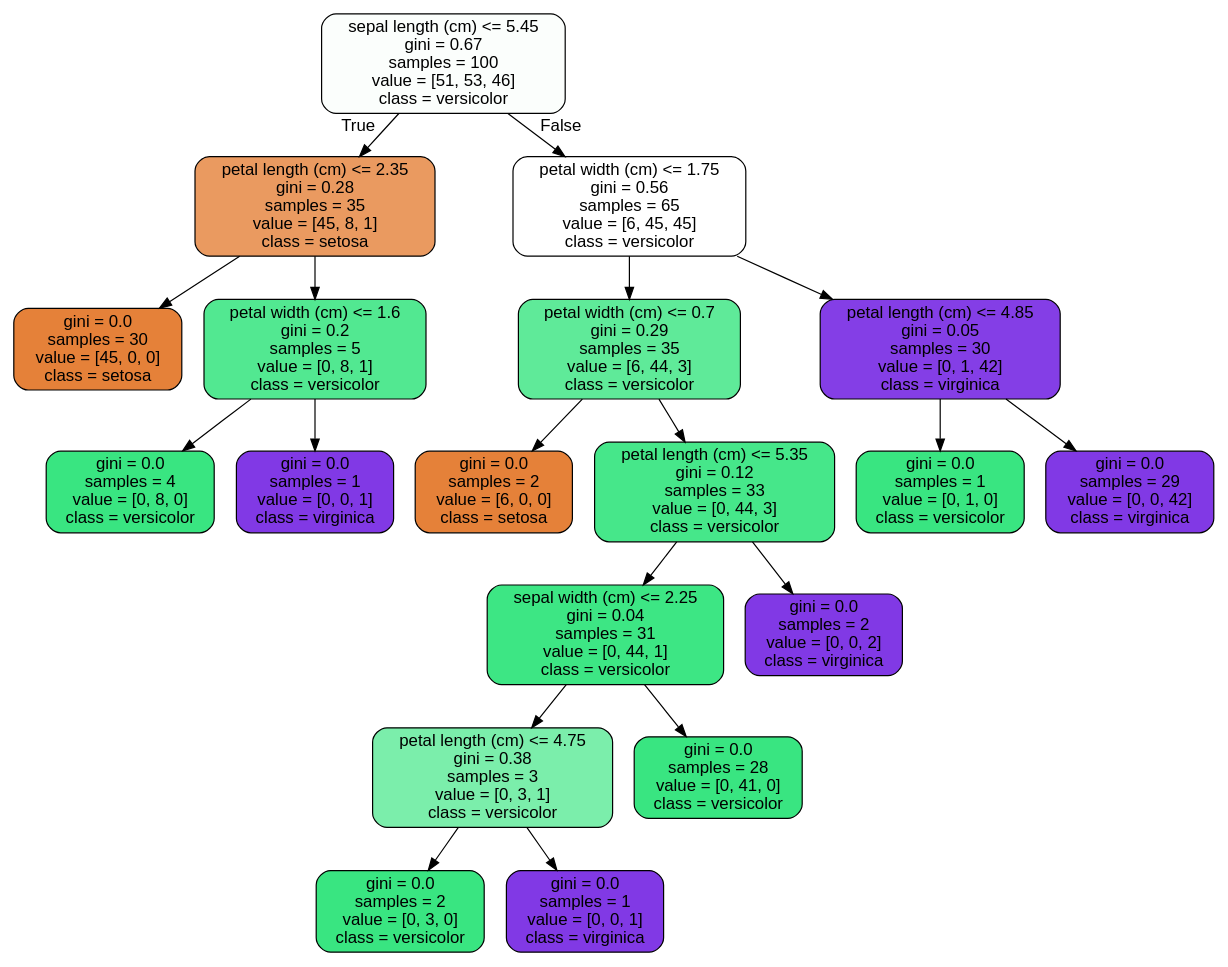
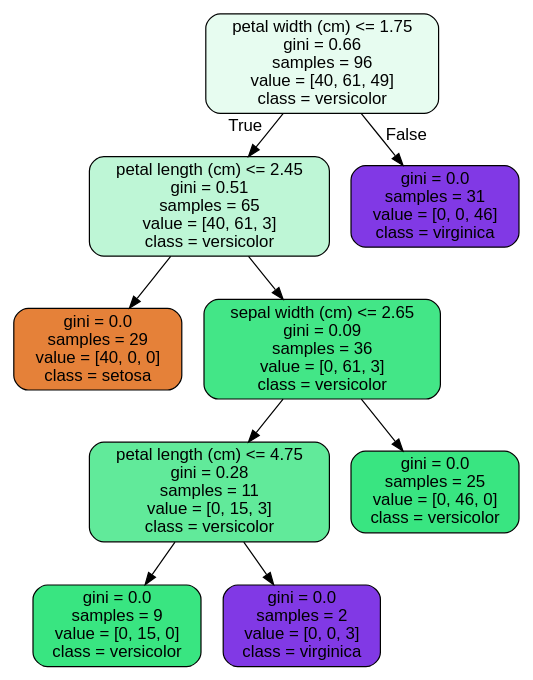
The diagram in Random Forest Case Study/tree.dot (akamatkar08/IshMe), drawn with Graphviz before and after one commit. The commit also changed 1 other file, not shown here.

```diff
--- a/Random Forest Case Study/tree.dot
+++ b/Random Forest Case Study/tree.dot
@@ -1,41 +1,21 @@
 digraph Tree {
 node [shape=box, style="filled, rounded", color="black", fontname=helvetica] ;
 edge [fontname=helvetica] ;
-0 [label="sepal length (cm) <= 5.45\ngini = 0.67\nsamples = 100\nvalue = [51, 53, 46]\nclass = versicolor", fillcolor="#fbfefc"] ;
-1 [label="petal length (cm) <= 2.35\ngini = 0.28\nsamples = 35\nvalue = [45, 8, 1]\nclass = setosa", fillcolor="#ea9a60"] ;
+0 [label="petal width (cm) <= 1.75\ngini = 0.66\nsamples = 96\nvalue = [40, 61, 49]\nclass = versicolor", fillcolor="#e7fcf0"] ;
+1 [label="petal length (cm) <= 2.45\ngini = 0.51\nsamples = 65\nvalue = [40, 61, 3]\nclass = versicolor", fillcolor="#bef6d6"] ;
 0 -> 1 [labeldistance=2.5, labelangle=45, headlabel="True"] ;
-2 [label="gini = 0.0\nsamples = 30\nvalue = [45, 0, 0]\nclass = setosa", fillcolor="#e58139"] ;
+2 [label="gini = 0.0\nsamples = 29\nvalue = [40, 0, 0]\nclass = setosa", fillcolor="#e58139"] ;
 1 -> 2 ;
-3 [label="petal width (cm) <= 1.6\ngini = 0.2\nsamples = 5\nvalue = [0, 8, 1]\nclass = versicolor", fillcolor="#52e891"] ;
+3 [label="sepal width (cm) <= 2.65\ngini = 0.09\nsamples = 36\nvalue = [0, 61, 3]\nclass = versicolor", fillcolor="#43e687"] ;
 1 -> 3 ;
-4 [label="gini = 0.0\nsamples = 4\nvalue = [0, 8, 0]\nclass = versicolor", fillcolor="#39e581"] ;
+4 [label="petal length (cm) <= 4.75\ngini = 0.28\nsamples = 11\nvalue = [0, 15, 3]\nclass = versicolor", fillcolor="#61ea9a"] ;
 3 -> 4 ;
-5 [label="gini = 0.0\nsamples = 1\nvalue = [0, 0, 1]\nclass = virginica", fillcolor="#8139e5"] ;
-3 -> 5 ;
-6 [label="petal width (cm) <= 1.75\ngini = 0.56\nsamples = 65\nvalue = [6, 45, 45]\nclass = versicolor", fillcolor="#ffffff"] ;
-0 -> 6 [labeldistance=2.5, labelangle=-45, headlabel="False"] ;
-7 [label="petal width (cm) <= 0.7\ngini = 0.29\nsamples = 35\nvalue = [6, 44, 3]\nclass = versicolor", fillcolor="#5fea99"] ;
-6 -> 7 ;
-8 [label="gini = 0.0\nsamples = 2\nvalue = [6, 0, 0]\nclass = setosa", fillcolor="#e58139"] ;
-7 -> 8 ;
-9 [label="petal length (cm) <= 5.35\ngini = 0.12\nsamples = 33\nvalue = [0, 44, 3]\nclass = versicolor", fillcolor="#46e78a"] ;
-7 -> 9 ;
-10 [label="sepal width (cm) <= 2.25\ngini = 0.04\nsamples = 31\nvalue = [0, 44, 1]\nclass = versicolor", fillcolor="#3de684"] ;
-9 -> 10 ;
-11 [label="petal length (cm) <= 4.75\ngini = 0.38\nsamples = 3\nvalue = [0, 3, 1]\nclass = versicolor", fillcolor="#7beeab"] ;
-10 -> 11 ;
-12 [label="gini = 0.0\nsamples = 2\nvalue = [0, 3, 0]\nclass = versicolor", fillcolor="#39e581"] ;
-11 -> 12 ;
-13 [label="gini = 0.0\nsamples = 1\nvalue = [0, 0, 1]\nclass = virginica", fillcolor="#8139e5"] ;
-11 -> 13 ;
-14 [label="gini = 0.0\nsamples = 28\nvalue = [0, 41, 0]\nclass = versicolor", fillcolor="#39e581"] ;
-10 -> 14 ;
-15 [label="gini = 0.0\nsamples = 2\nvalue = [0, 0, 2]\nclass = virginica", fillcolor="#8139e5"] ;
-9 -> 15 ;
-16 [label="petal length (cm) <= 4.85\ngini = 0.05\nsamples = 30\nvalue = [0, 1, 42]\nclass = virginica", fillcolor="#843ee6"] ;
-6 -> 16 ;
-17 [label="gini = 0.0\nsamples = 1\nvalue = [0, 1, 0]\nclass = versicolor", fillcolor="#39e581"] ;
-16 -> 17 ;
-18 [label="gini = 0.0\nsamples = 29\nvalue = [0, 0, 42]\nclass = virginica", fillcolor="#8139e5"] ;
-16 -> 18 ;
+5 [label="gini = 0.0\nsamples = 9\nvalue = [0, 15, 0]\nclass = versicolor", fillcolor="#39e581"] ;
+4 -> 5 ;
+6 [label="gini = 0.0\nsamples = 2\nvalue = [0, 0, 3]\nclass = virginica", fillcolor="#8139e5"] ;
+4 -> 6 ;
+7 [label="gini = 0.0\nsamples = 25\nvalue = [0, 46, 0]\nclass = versicolor", fillcolor="#39e581"] ;
+3 -> 7 ;
+8 [label="gini = 0.0\nsamples = 31\nvalue = [0, 0, 46]\nclass = virginica", fillcolor="#8139e5"] ;
+0 -> 8 [labeldistance=2.5, labelangle=-45, headlabel="False"] ;
 }
```
